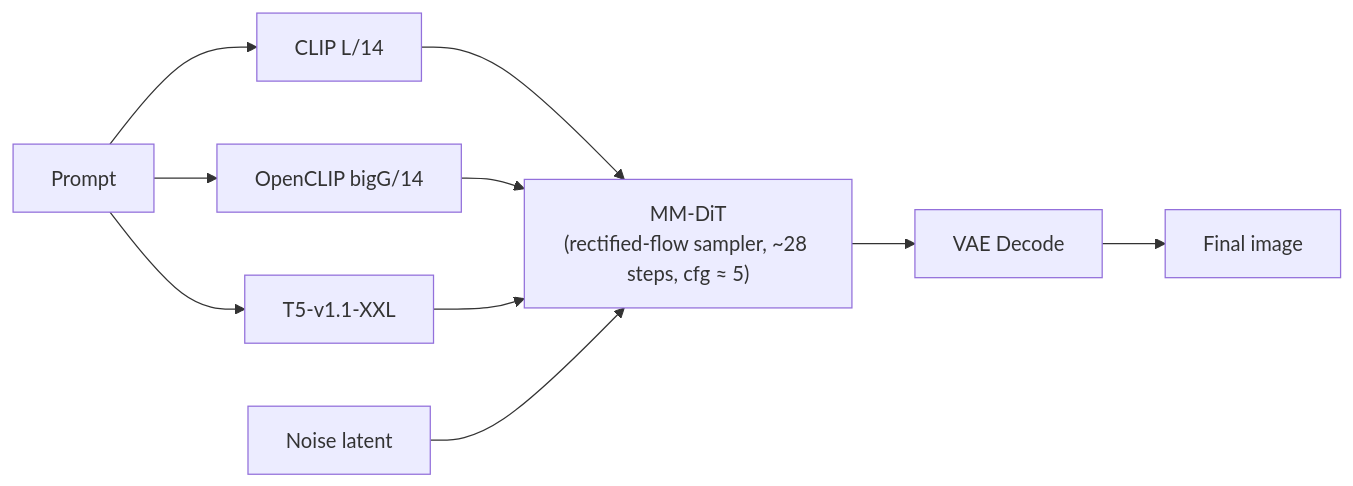
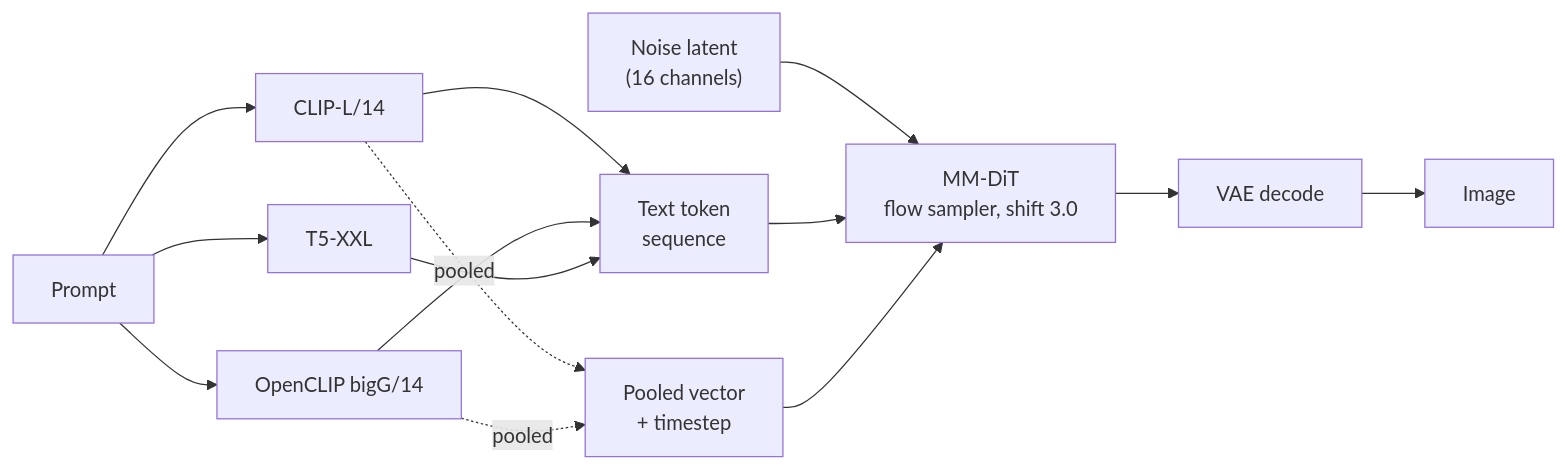
Before and after one commit to AndrewAltimit/Documentation: the third of 3 diagrams in github-pages/docs/ai-ml/sd3-guide.md, drawn with Mermaid. The commit also changed other lines of this file and 240 other files, not shown here.

````diff
--- a/github-pages/docs/ai-ml/sd3-guide.md
+++ b/github-pages/docs/ai-ml/sd3-guide.md
@@ -197,11 +206,15 @@
 ```mermaid
 flowchart LR
-    P["Prompt"] --> C1["CLIP L/14"]
+    P["Prompt"] --> C1["CLIP-L/14"]
     P --> C2["OpenCLIP bigG/14"]
-    P --> T5["T5-v1.1-XXL"]
-    C1 --> MM["MM-DiT<br/>(rectified-flow sampler, ~28 steps, cfg ≈ 5)"]
-    C2 --> MM
-    T5 --> MM
-    N["Noise latent"] --> MM
-    MM --> V["VAE Decode"] --> IMG["Final image"]
+    P --> T5["T5-XXL"]
+    C1 --> SEQ["Text token<br/>sequence"]
+    C2 --> SEQ
+    T5 --> SEQ
+    C1 -.->|pooled| VEC["Pooled vector<br/>+ timestep"]
+    C2 -.->|pooled| VEC
+    N["Noise latent<br/>(16 channels)"] --> MM["MM-DiT<br/>flow sampler, shift 3.0"]
+    SEQ --> MM
+    VEC --> MM
+    MM --> V["VAE decode"] --> IMG["Image"]
 ```
````
